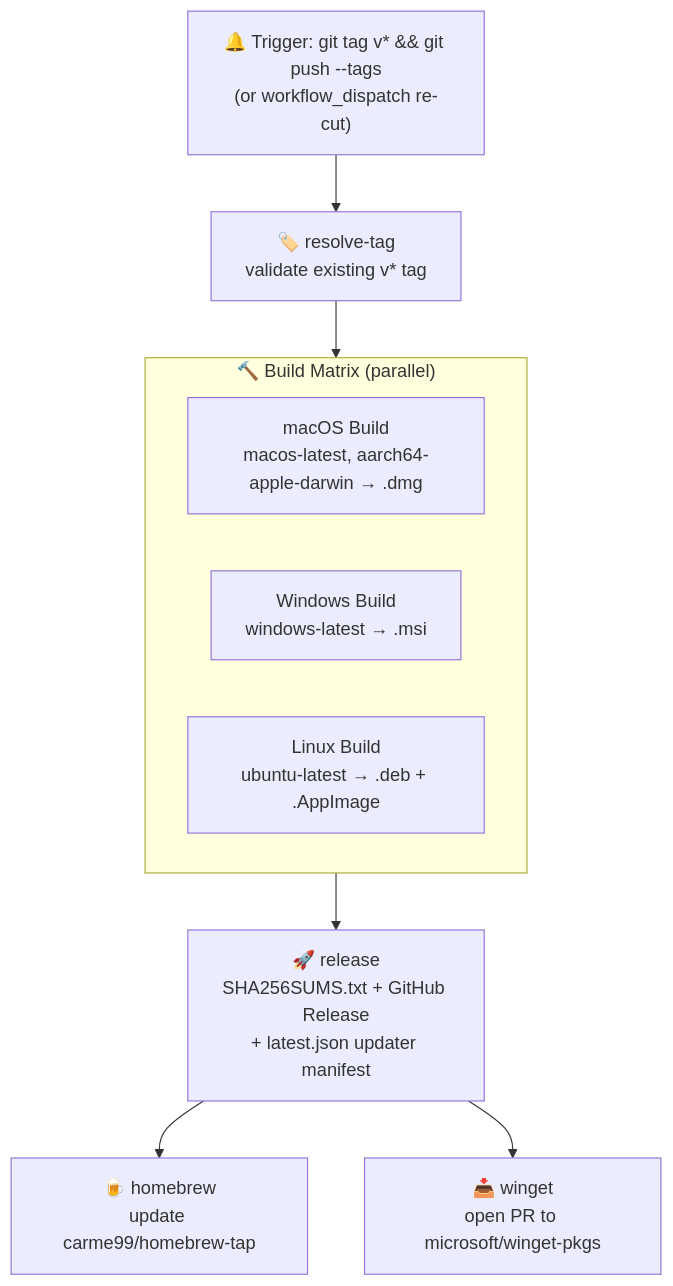
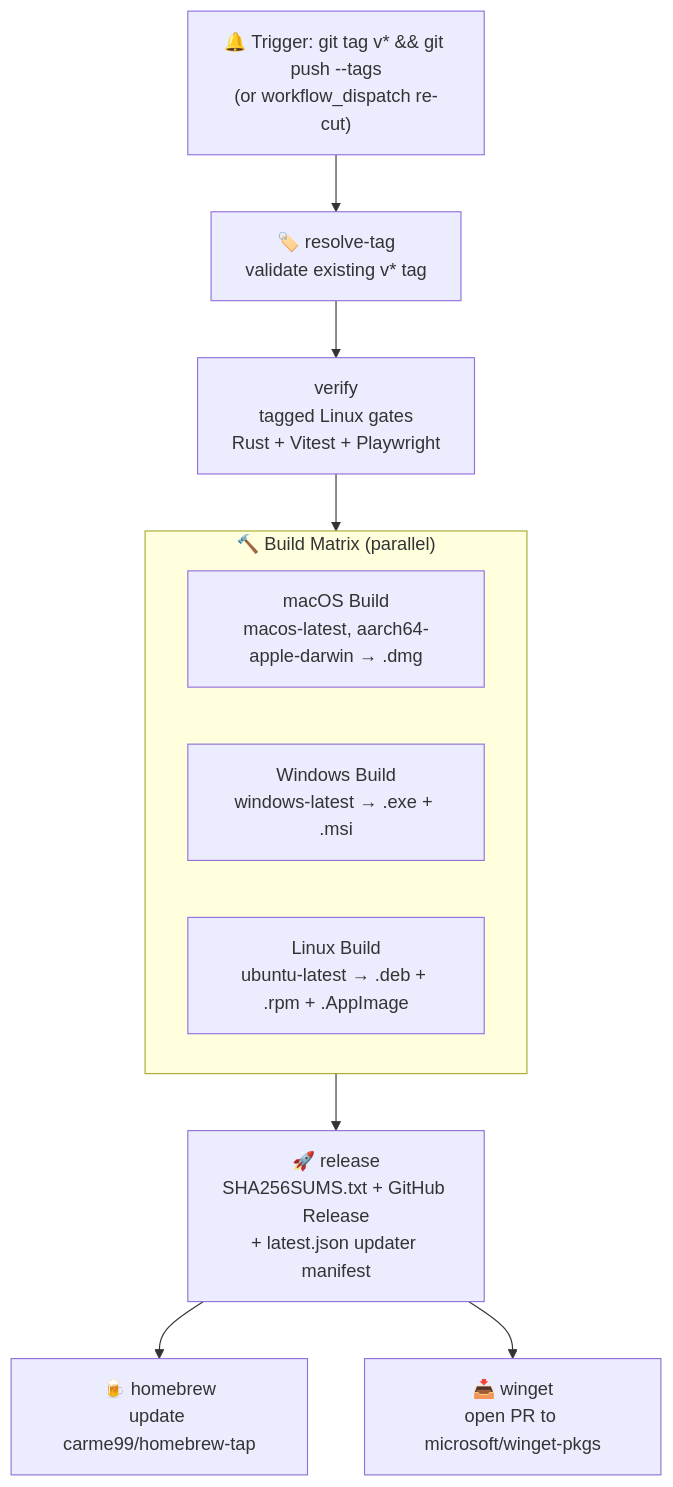
The second of 2 diagrams in docs/architecture/overview.md (Carme99/PresenceJam-Desktop), drawn with Mermaid before and after one commit. The commit also changed other lines of this file and 8 other files, not shown here.

````diff
--- a/docs/architecture/overview.md
+++ b/docs/architecture/overview.md
@@ -94,16 +94,17 @@
 ```mermaid
 flowchart TD
     Trigger["🔔 Trigger: git tag v* && git push --tags<br/>(or workflow_dispatch re-cut)"]
     Resolve["🏷️ resolve-tag<br/>validate existing v* tag"]
+    Verify["verify<br/>tagged Linux gates<br/>Rust + Vitest + Playwright"]
     subgraph Build["🔨 Build Matrix (parallel)"]
         direction LR
         MacBuild["macOS Build<br/>macos-latest, aarch64-apple-darwin → .dmg"]
-        WinBuild["Windows Build<br/>windows-latest → .msi"]
-        LinBuild["Linux Build<br/>ubuntu-latest → .deb + .AppImage"]
+        WinBuild["Windows Build<br/>windows-latest → .exe + .msi"]
+        LinBuild["Linux Build<br/>ubuntu-latest → .deb + .rpm + .AppImage"]
     end
     Release["🚀 release<br/>SHA256SUMS.txt + GitHub Release<br/>+ latest.json updater manifest"]
     Brew["🍺 homebrew<br/>update carme99/homebrew-tap"]
     Winget["📥 winget<br/>open PR to microsoft/winget-pkgs"]
-    Trigger --> Resolve --> Build --> Release --> Brew
+    Trigger --> Resolve --> Verify --> Build --> Release --> Brew
     Release --> Winget
 ```
````
